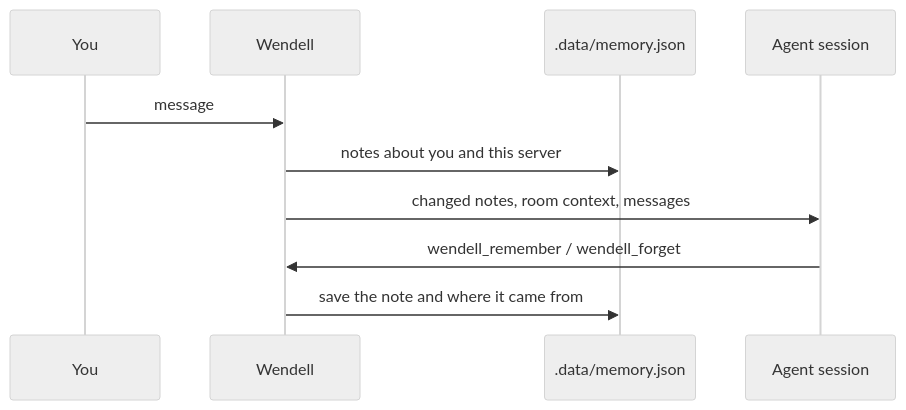
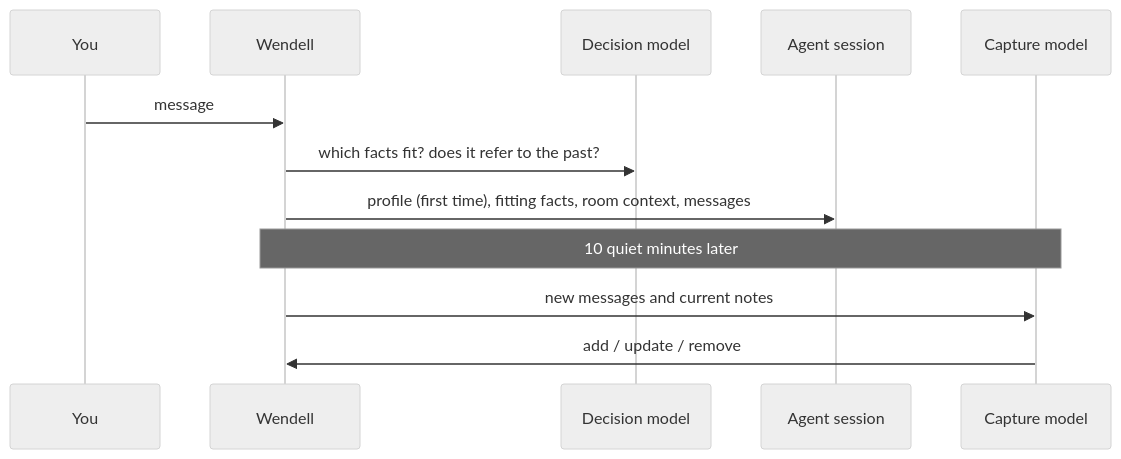
One commit to heditwo/wendell changed the fifth of 6 diagrams in README.md. Above: the diagram before and after it, drawn with Mermaid (neutral theme). The commit also changed other lines of this file and 18 other files, not shown here.

Commit message:
feat: cued recall and background memory capture

````diff
--- a/README.md
+++ b/README.md
@@ -145,12 +147,14 @@
 ```mermaid
 sequenceDiagram
   participant You
   participant W as Wendell
-  participant M as .data/memory.json
+  participant J as Decision model
   participant A as Agent session
+  participant C as Capture model
   You->>W: message
-  W->>M: notes about you and this server
-  W->>A: changed notes, room context, messages
-  A->>W: wendell_remember / wendell_forget
-  W->>M: save the note and where it came from
+  W->>J: which facts fit? does it refer to the past?
+  W->>A: profile (first time), fitting facts, room context, messages
+  Note over W,C: 10 quiet minutes later
+  W->>C: new messages and current notes
+  C->>W: add / update / remove
 ```
````
